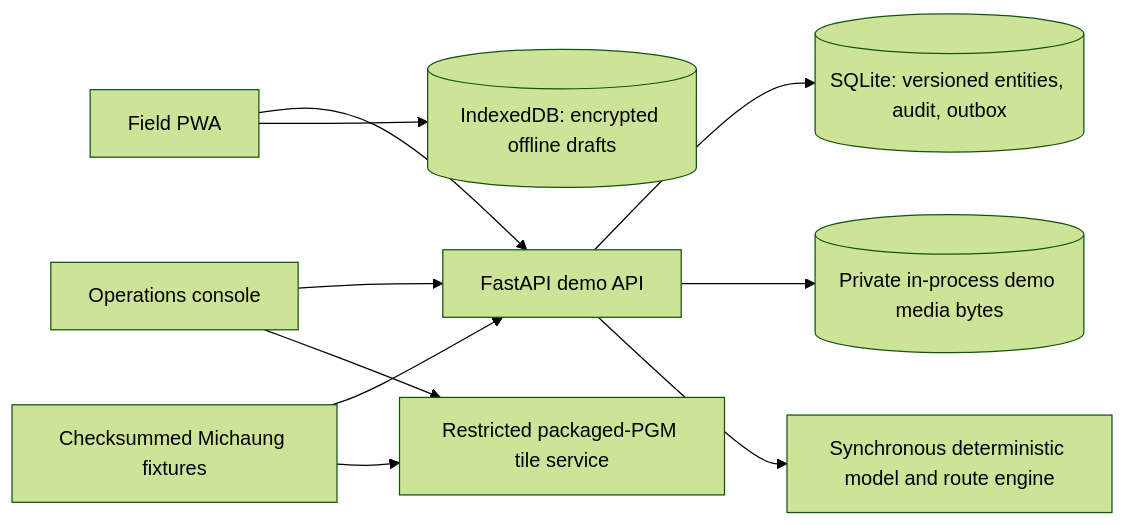
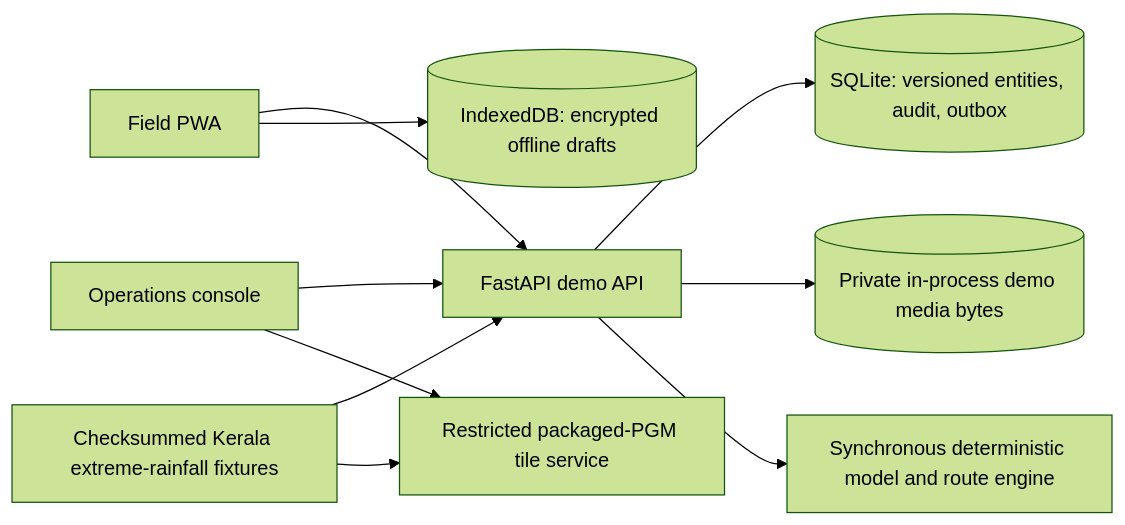
Before and after one commit to robinfrancis186/floodRISE: the second of 2 diagrams in docs/ARCHITECTURE.md, drawn with Mermaid (forest theme). The commit also changed other lines of this file and 91 other files, not shown here.

````diff
--- a/docs/ARCHITECTURE.md
+++ b/docs/ARCHITECTURE.md
@@ -60,12 +60,12 @@
 ```mermaid
 flowchart LR
   Field["Field PWA"] --> API["FastAPI demo API"]
   Ops["Operations console"] --> API
   Field --> Browser[("IndexedDB: encrypted offline drafts")]
   API --> SQLite[("SQLite: versioned entities, audit, outbox")]
   API --> Media[("Private in-process demo media bytes")]
   API --> Model["Synchronous deterministic model and route engine"]
   Ops --> Tiles["Restricted packaged-PGM tile service"]
-  Fixtures["Checksummed Michaung fixtures"] --> API
+  Fixtures["Checksummed Kerala extreme-rainfall fixtures"] --> API
   Fixtures --> Tiles
 ```
````
